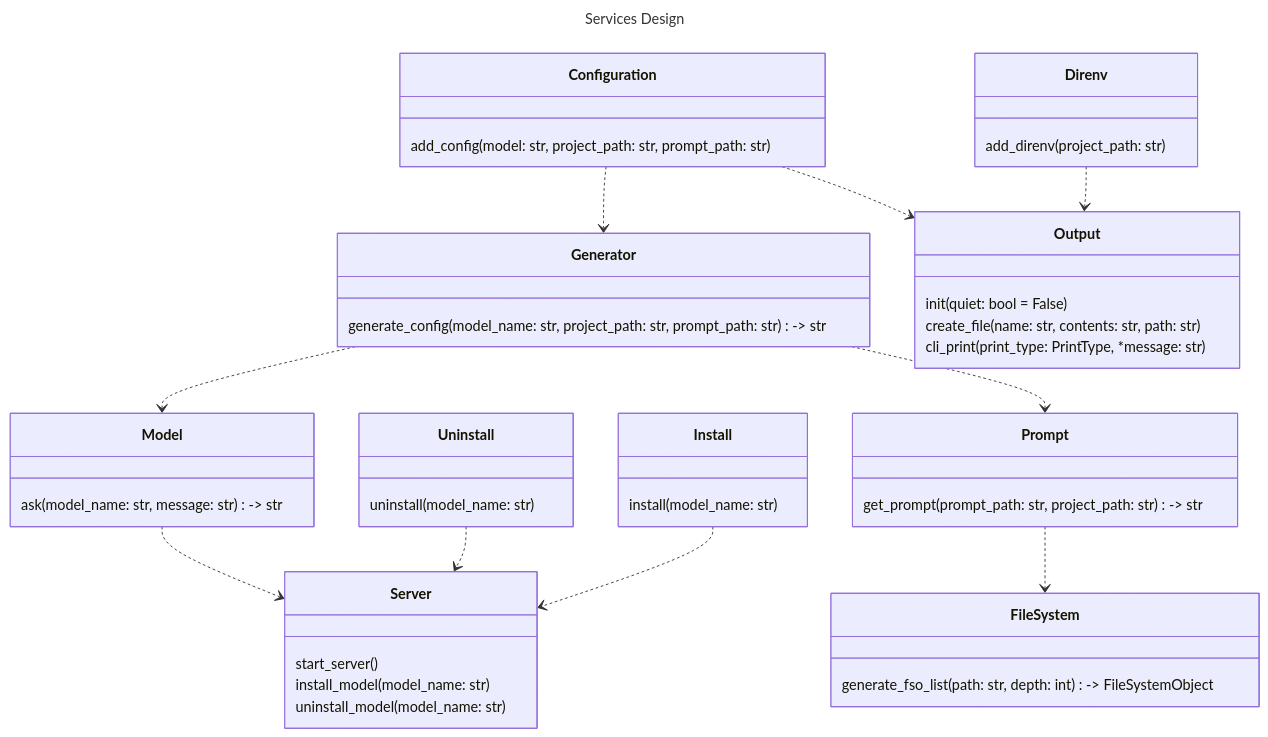
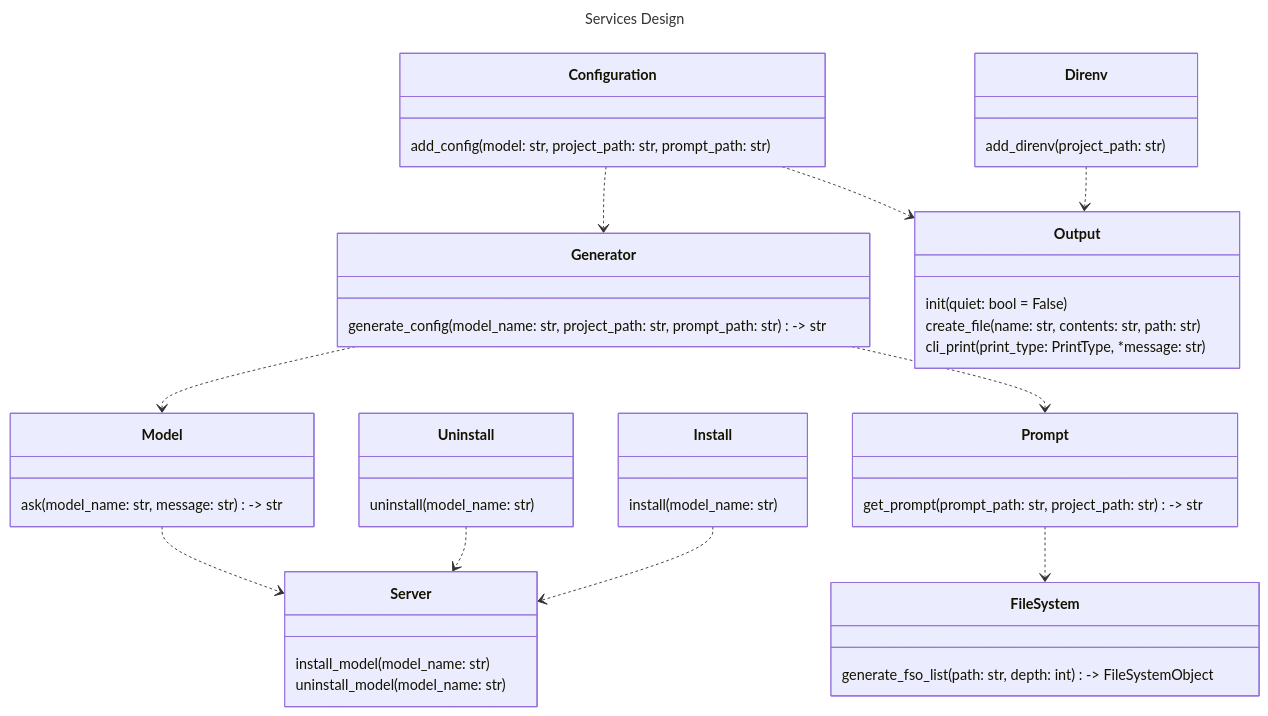
Before and after one commit to Oldranda1414/AutoDev: the diagram in docs/assets/src/services_design.mmd, drawn with Mermaid. The commit also changed 10 other files, not shown here.

```diff
--- a/docs/assets/src/services_design.mmd
+++ b/docs/assets/src/services_design.mmd
@@ -1,58 +1,57 @@
 ---
 title: Services Design
 ---
 classDiagram
 
     class Configuration {
         add_config(model: str, project_path: str, prompt_path: str) 
     }
 
     class Direnv {
         add_direnv(project_path: str)
     }
 
     class Install {
         install(model_name: str)
     }
 
     class Uninstall {
         uninstall(model_name: str)
     }
 
     class Generator {
         generate_config(model_name: str, project_path: str, prompt_path: str) -> str
     }
 
     class Model {
         ask(model_name: str, message: str) -> str
     }
 
     class Prompt {
         get_prompt(prompt_path: str, project_path: str) -> str
     }
 
     class Output {
         init(quiet: bool = False)
         create_file(name: str, contents: str, path: str)
         cli_print(print_type: PrintType, *message: str)
     }
 
     class FileSystem {
         generate_fso_list(path: str, depth: int) -> FileSystemObject
     }
 
     class Server {
-        start_server()
         install_model(model_name: str)
         uninstall_model(model_name: str)
     }
 
     Direnv ..> Output
     Configuration ..> Output
     Install ..> Server
     Uninstall ..> Server
     Configuration ..> Generator
     Generator ..> Model
     Generator ..> Prompt
     Prompt ..> FileSystem
     Model ..> Server
```
